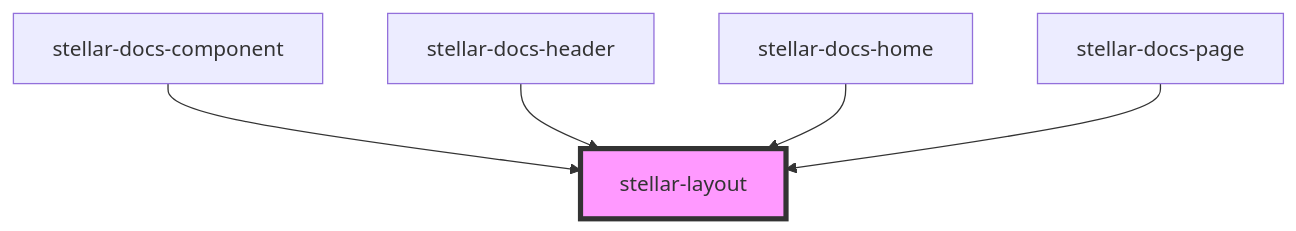
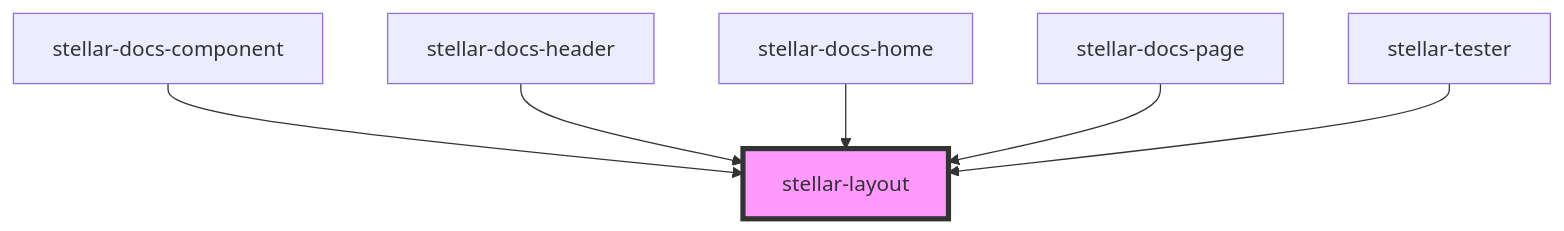
The diagram in src/components/ui/layout/readme.md (splitinfinities/Stellar), drawn with Mermaid before and after one commit. The commit also changed other lines of this file and 11 other files, not shown here.

````diff
--- a/src/components/ui/layout/readme.md
+++ b/src/components/ui/layout/readme.md
@@ -55,8 +56,9 @@
 ```mermaid
 graph TD;
   stellar-docs-component --> stellar-layout
   stellar-docs-header --> stellar-layout
   stellar-docs-home --> stellar-layout
   stellar-docs-page --> stellar-layout
+  stellar-tester --> stellar-layout
   style stellar-layout fill:#f9f,stroke:#333,stroke-width:4px
 ```
````
